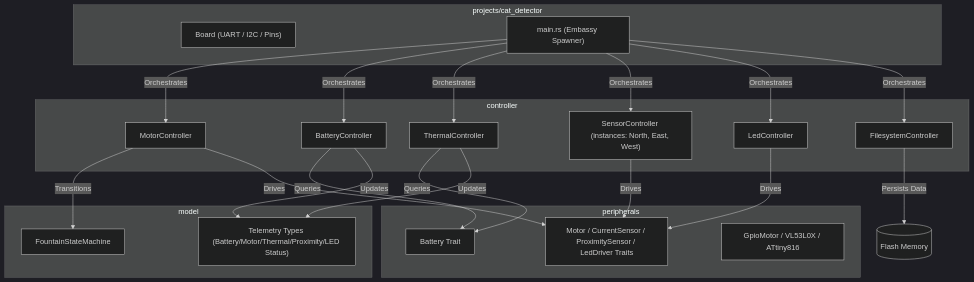
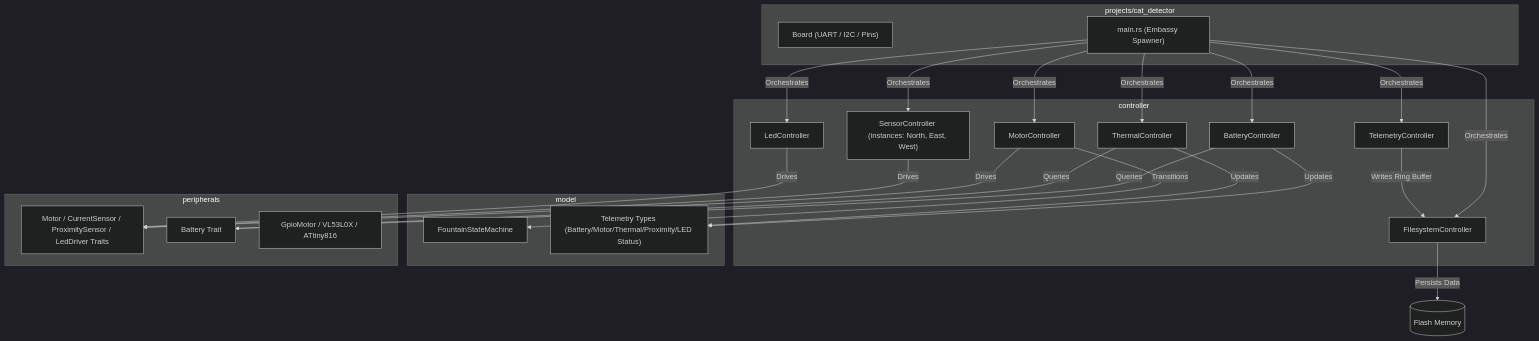
Before and after one commit to picklethecat1488-hue/firmware: the first of 2 diagrams in projects/cat_detector.md, drawn with Mermaid (dark theme). The commit also changed other lines of this file and 6 other files, not shown here.

First line of the commit message:
Create telemetry controller

````diff
--- a/projects/cat_detector.md
+++ b/projects/cat_detector.md
@@ -11,34 +11,36 @@
 ```mermaid
 graph TD
     subgraph Controller Crate [controller]
         MC["MotorController"]
         BC["BatteryController"]
         TC["ThermalController"]
         SC["SensorController (instances: North, East, West)"]
         LC["LedController"]
         FSC["FilesystemController"]
+        TMC["TelemetryController"]
     end
 
     subgraph Model Crate [model]
         FSM["FountainStateMachine"]
         TS["Telemetry Types (Battery/Motor/Thermal/Proximity/LED Status)"]
     end
 
     subgraph Peripherals Crate [peripherals]
         PT["Motor / CurrentSensor / ProximitySensor / LedDriver Traits"]
         BT["Battery Trait"]
         GM["GpioMotor / VL53L0X / ATtiny816"]
     end
 
     subgraph BSP / Target [projects/cat_detector]
         Board["Board (UART / I2C / Pins)"]
         Main["main.rs (Embassy Spawner)"]
     end
 
-    Main -->|Orchestrates| MC & BC & TC & SC & LC & FSC
+    Main -->|Orchestrates| MC & BC & TC & SC & LC & FSC & TMC
     MC -->|Transitions| FSM
     MC & SC & LC -->|Drives| PT
     BC & TC -->|Queries| BT
     BC & TC -->|Updates| TS
     FSC -->|Persists Data| Flash[("Flash Memory")]
+    TMC -->|Writes Ring Buffer| FSC
 ```
````
